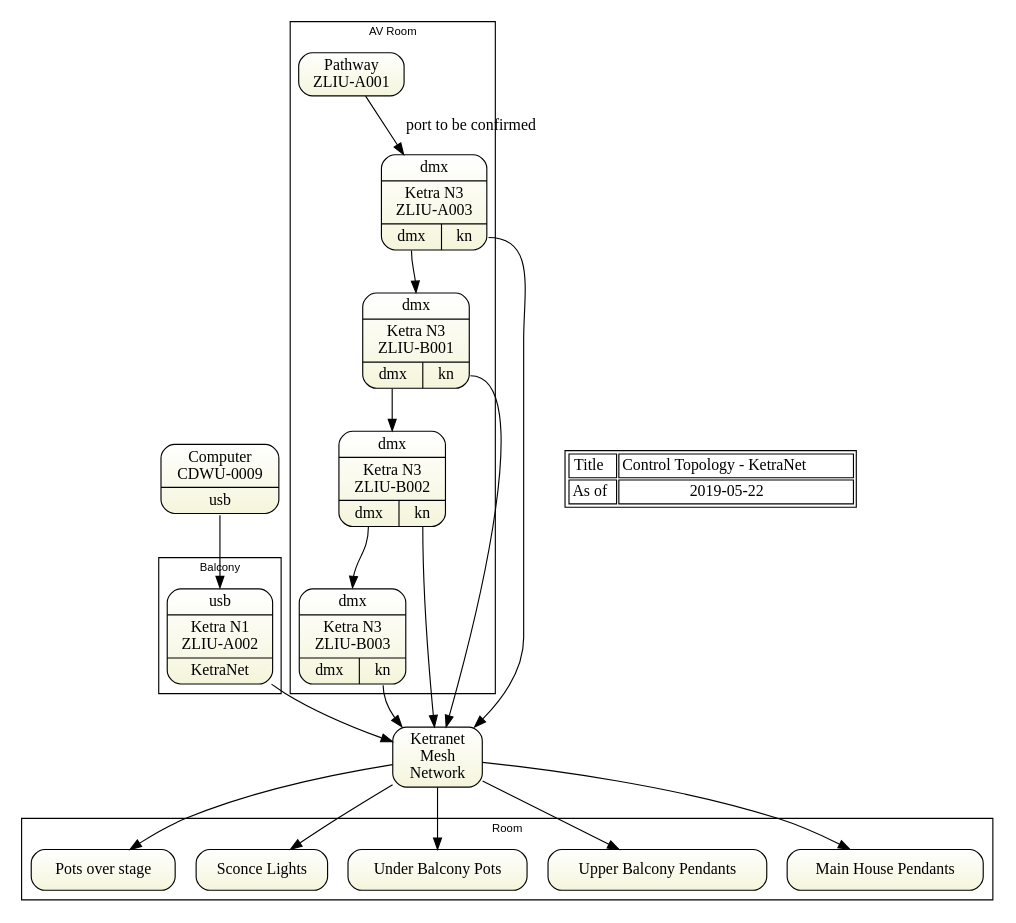
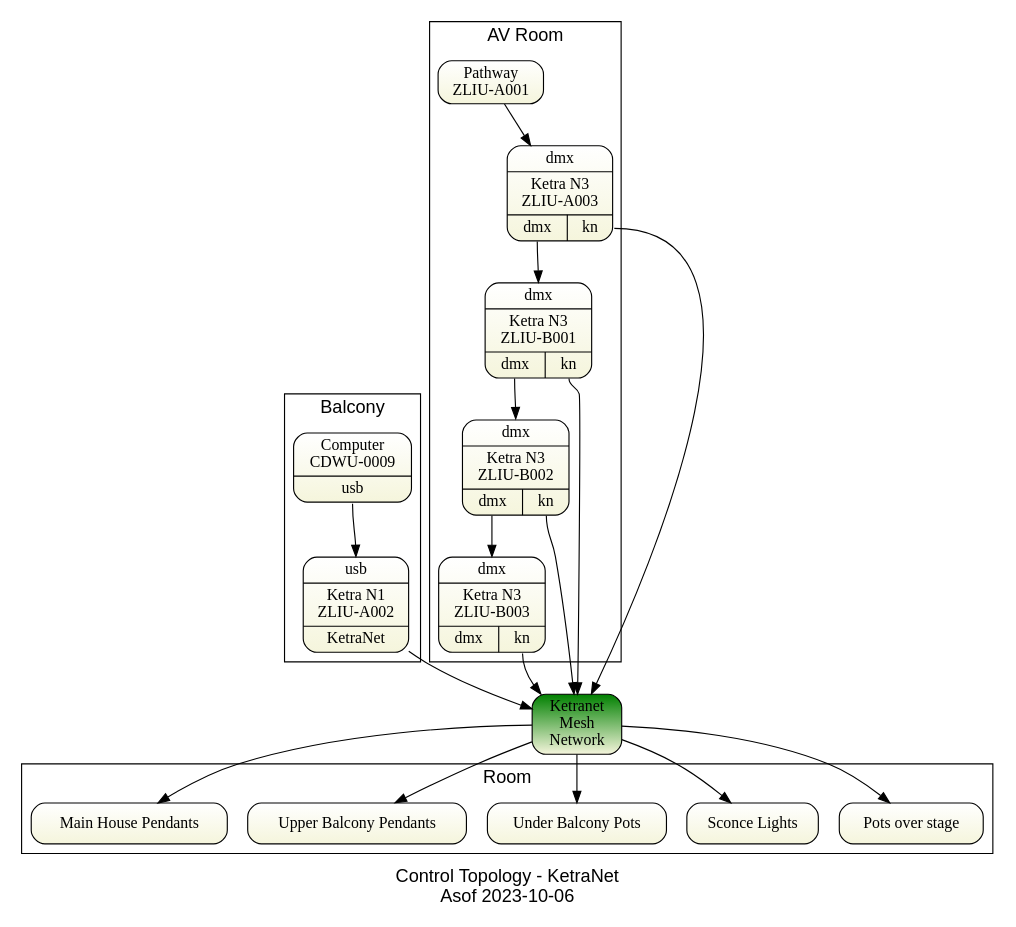
One commit to avmaint/uactechdoc changed the diagram in gv/sdl-topology2-control.gv. Above: the diagram before and after it, drawn with Graphviz. The commit also changed 3 other files, not shown here.

```diff
--- a/gv/sdl-topology2-control.gv
+++ b/gv/sdl-topology2-control.gv
@@ -1,56 +1,49 @@
-digraph topology1 { 
-graph [overlap = true, fontsize = 10, rankdir=TB 
+digraph topology_ketranet  { 
+graph [overlap = true  rankdir=TB 
       tooltip="Control Topology - KetraNet",
+      label="Control Topology - KetraNet\nAsof 2023-10-06"
+      fontsize=16
       fontname = Helvetica]
 
 node [shape=Mrecord, tooltip="" , 
       fillcolor="white:beige" , style=filled  
       gradientangle=270]
       
-subgraph cluster_avroom {  label="AV Room"
+subgraph cluster_avroom {  
+	label="AV Room"  
+ 
   ZLIUA003 [label="{<i>dmx|Ketra N3\nZLIU-A003|{<d>dmx|<k>kn}}"]
   ZLIUB001 [label="{<i>dmx|Ketra N3\nZLIU-B001|{<d>dmx|<k>kn}}"] 
   ZLIUB002 [label="{<i>dmx|Ketra N3\nZLIU-B002|{<d>dmx|<k>kn}}"] 
   ZLIUB003 [label="{<i>dmx|Ketra N3\nZLIU-B003|{<d>dmx|<k>kn}}"] 
   pathway  [label="Pathway\nZLIU-A001"]
+  pathway -> ZLIUB001, ZLIUB002 , ZLIUB003 [style=invis]
 }
 
 subgraph cluster_balcony {  label="Balcony"
    n1       [label="{<i>usb|Ketra N1\nZLIU-A002|KetraNet}"]
    computer [label="{{Computer\nCDWU-0009}|{ <usb>usb }}"]
 }
 
-ketranet [label="Ketranet\nMesh\nNetwork"]
+ketranet [label="Ketranet\nMesh\nNetwork" fillcolor="green:beige"]
 
 computer:usb -> n1:i
-pathway:o1 -> ZLIUA003 [label="port to be confirmed"]
+pathway:o1 -> ZLIUA003  
 
 ZLIUA003:d -> ZLIUB001:i
 ZLIUB001:d -> ZLIUB002:i
 ZLIUB002:d -> ZLIUB003:i
 
 ZLIUA003:k, ZLIUB001:k, ZLIUB002:k, ZLIUB003:k -> ketranet  
 n1       -> ketranet
 
 subgraph cluster_room { label="Room"
   ketraStage         [label="Pots over stage"]  
   ketraSconce        [label="Sconce Lights"]
   ketraUnderPots     [label="Under Balcony Pots"]
   ketraUpperPendants [label="Upper Balcony Pendants"]
   ketraHousePendant  [label="Main House Pendants"]
 }
 
 ketranet -> ketraStage, ketraSconce, ketraUnderPots, ketraUpperPendants, ketraHousePendant
-  
-Node [shape=plaintext, fillcolor=white]
-stamp [label= <<table>
-<tr><td>Title</td>
-    <td>Control Topology - KetraNet</td>
-</tr>    
-<tr><td>As of</td>
-    <td>2019-05-22</td>
-</tr>
-</table>> ]  
-
-{rank=same; computer stamp   }
 } 
```
